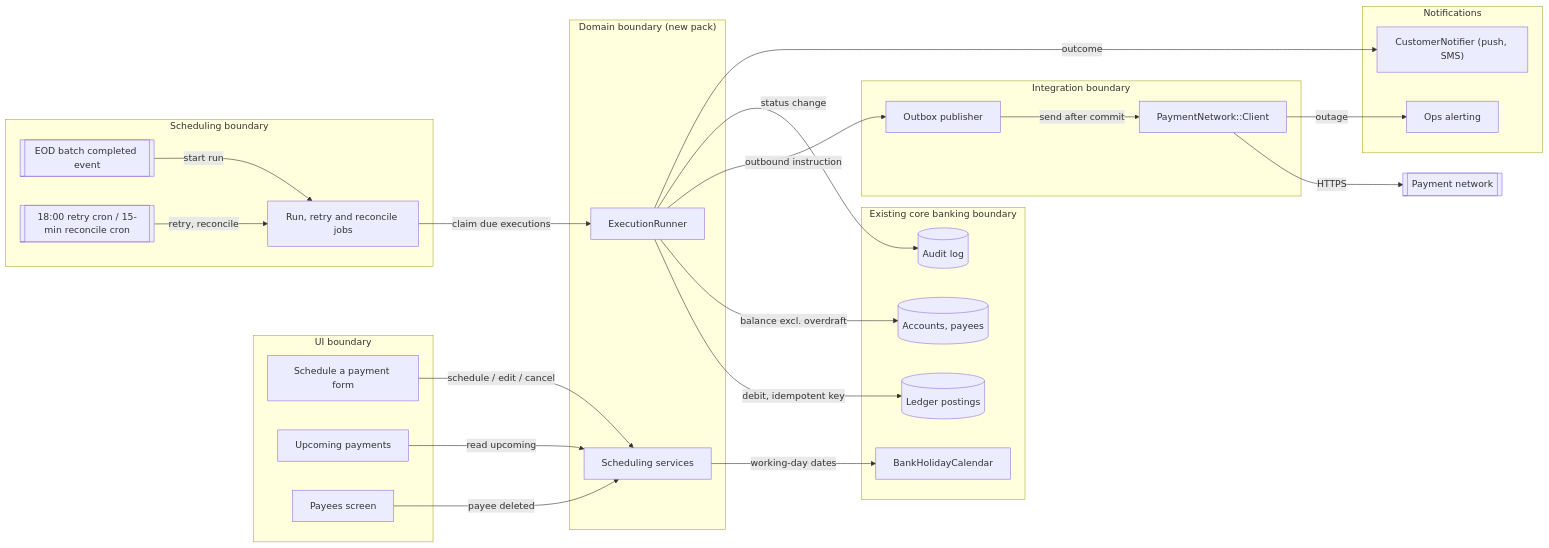
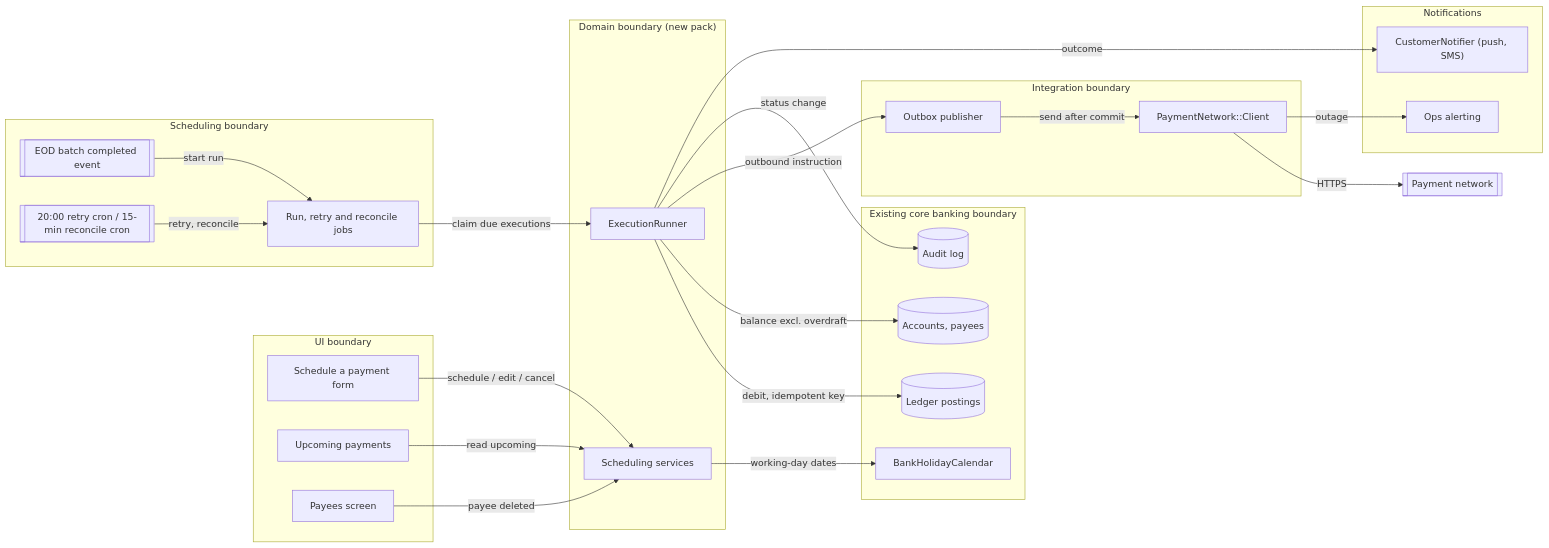
The first of 13 diagrams in openspec/changes/scheduled-transfers/design.md (ausangshukla/openspec_demo), drawn with Mermaid before and after one commit. The commit also changed other lines of this file and 3 other files, not shown here.

````diff
--- a/openspec/changes/scheduled-transfers/design.md
+++ b/openspec/changes/scheduled-transfers/design.md
@@ -62,48 +62,48 @@
 ```mermaid
 flowchart LR
     subgraph UI["UI boundary"]
         Form["Schedule a payment form"]
         List["Upcoming payments"]
         PayeeUI["Payees screen"]
     end
     subgraph SCHED["Scheduling boundary"]
         Eod[["EOD batch completed event"]]
-        Cron[["18:00 retry cron / 15-min reconcile cron"]]
+        Cron[["20:00 retry cron / 15-min reconcile cron"]]
         Jobs["Run, retry and reconcile jobs"]
     end
     subgraph DOMAIN["Domain boundary (new pack)"]
         Sched["Scheduling services"]
         Exec["ExecutionRunner"]
     end
     subgraph CORE["Existing core banking boundary"]
         Ledger[("Ledger postings")]
         Acct[("Accounts, payees")]
         Cal["BankHolidayCalendar"]
         Audit[("Audit log")]
     end
     subgraph INTEG["Integration boundary"]
         Outbox["Outbox publisher"]
         Net["PaymentNetwork::Client"]
     end
     subgraph NOTIFY["Notifications"]
         Notifier["CustomerNotifier (push, SMS)"]
         Ops["Ops alerting"]
     end
     EXT[["Payment network"]]
 
     Form -- "schedule / edit / cancel" --> Sched
     List -- "read upcoming" --> Sched
     PayeeUI -- "payee deleted" --> Sched
     Sched -- "working-day dates" --> Cal
     Eod -- "start run" --> Jobs
     Cron -- "retry, reconcile" --> Jobs
     Jobs -- "claim due executions" --> Exec
     Exec -- "debit, idempotent key" --> Ledger
     Exec -- "balance excl. overdraft" --> Acct
     Exec -- "outbound instruction" --> Outbox
     Outbox -- "send after commit" --> Net
     Net -- "HTTPS" --> EXT
     Exec -- "status change" --> Audit
     Exec -- "outcome" --> Notifier
     Net -- "outage" --> Ops
 ```
````
